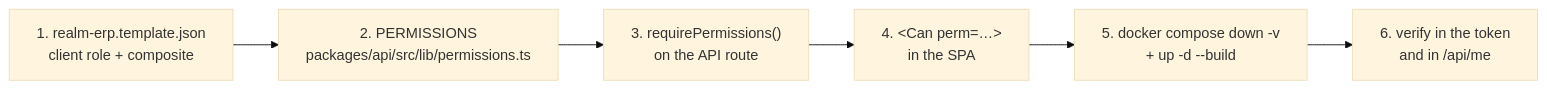
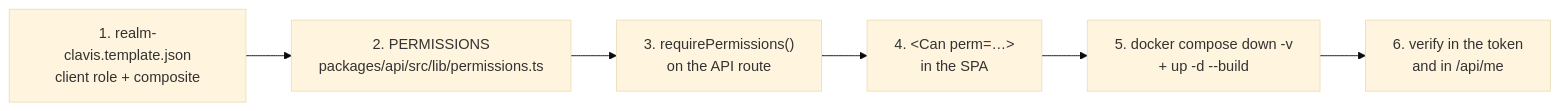
Before and after one commit to mapineda48/clavis: the third of 3 diagrams in docs/authentication.md, drawn with Mermaid (base theme). The commit also changed other lines of this file and 130 other files, not shown here.

````diff
--- a/docs/authentication.md
+++ b/docs/authentication.md
@@ -549,8 +549,8 @@
 ```mermaid
 flowchart LR
-    A["1. realm-erp.template.json<br/>client role + composite"] --> B["2. PERMISSIONS<br/>packages/api/src/lib/permissions.ts"]
+    A["1. realm-clavis.template.json<br/>client role + composite"] --> B["2. PERMISSIONS<br/>packages/api/src/lib/permissions.ts"]
     B --> C["3. requirePermissions()<br/>on the API route"]
     C --> D["4. &lt;Can perm=…&gt;<br/>in the SPA"]
     D --> E["5. docker compose down -v<br/>+ up -d --build"]
     E --> F["6. verify in the token<br/>and in /api/me"]
 ```
````
